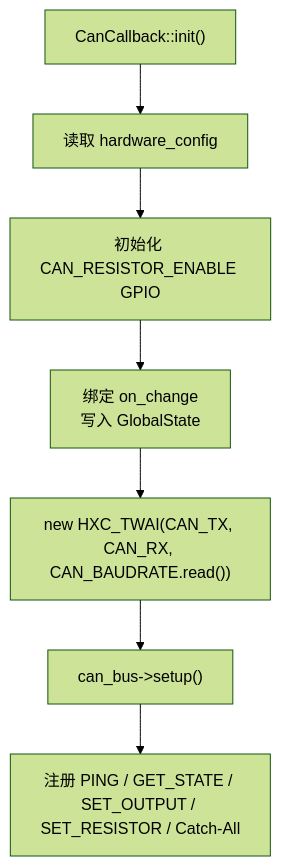
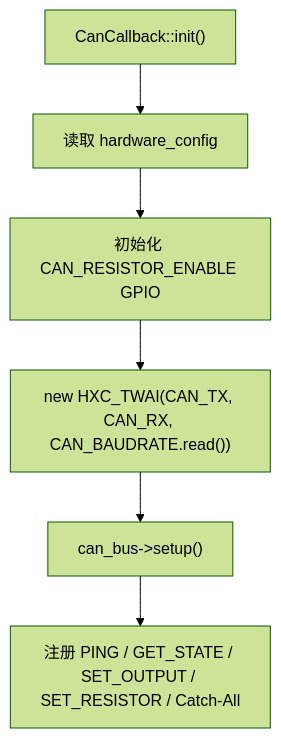
One commit to qingmeijiupiao/Wireless_power_meter_lite changed the second of 2 diagrams in components/app/can_callback/README.md. Above: the diagram before and after it, drawn with Mermaid (forest theme). The commit also changed other lines of this file and 13 other files, not shown here.

````diff
--- a/components/app/can_callback/README.md
+++ b/components/app/can_callback/README.md
@@ -40,9 +40,8 @@
 ```mermaid
 flowchart TD
     Init["CanCallback::init()"] --> HW["读取 hardware_config"]
     HW --> Resistor["初始化 CAN_RESISTOR_ENABLE GPIO"]
-    Resistor --> StateCb["绑定 on_change<br/>写入 GlobalState"]
-    StateCb --> Bus["new HXC_TWAI(CAN_TX, CAN_RX, CAN_BAUDRATE.read())"]
+    Resistor --> Bus["new HXC_TWAI(CAN_TX, CAN_RX, CAN_BAUDRATE.read())"]
     Bus --> Setup["can_bus->setup()"]
     Setup --> Register["注册 PING / GET_STATE / SET_OUTPUT / SET_RESISTOR / Catch-All"]
 ```
````
